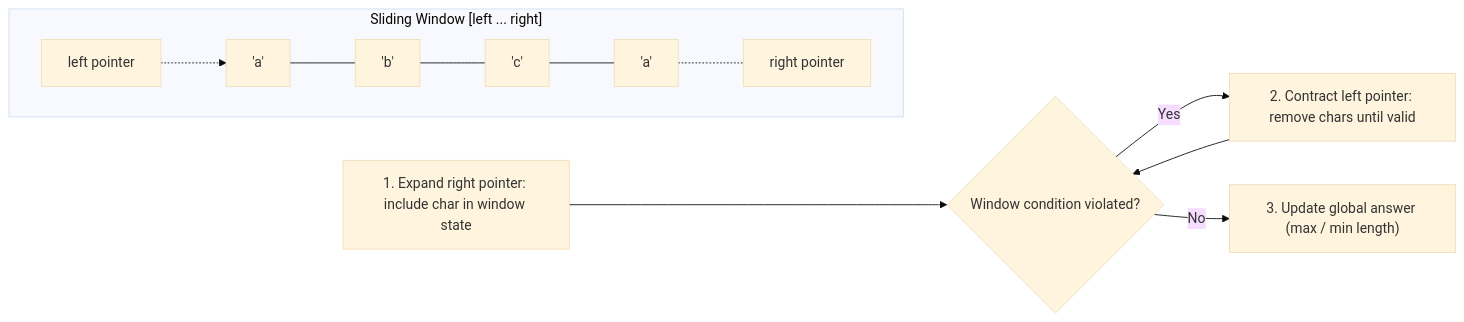
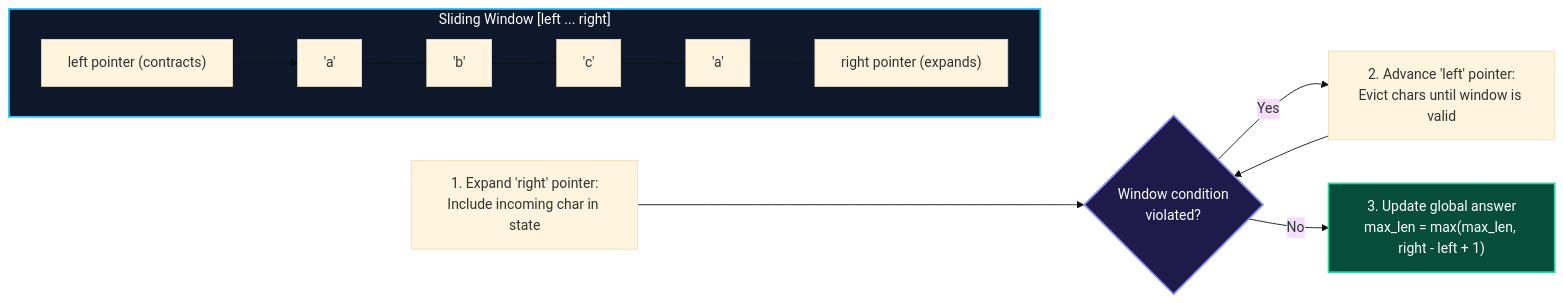
Before and after one commit to 1345AbhishekKumar/cs-cookbook: diagram 13 of 14 in content/docs/dsa/01-foundations-and-linear-structures/03-strings-and-string-manipulation.mdx, drawn with Mermaid (base theme). The commit also changed other lines of this file and 211 other files, not shown here.

````diff
--- a/content/docs/dsa/01-foundations-and-linear-structures/03-strings-and-string-manipulation.mdx
+++ b/content/docs/dsa/01-foundations-and-linear-structures/03-strings-and-string-manipulation.mdx
@@ -119,14 +728,18 @@
 ```mermaid
 flowchart LR
     subgraph Window["Sliding Window [left ... right]"]
         direction LR
-        L["left pointer"] -.-> S1["'a'"]
+        L["left pointer (contracts)"] -.-> S1["'a'"]
         S1 --- S2["'b'"] --- S3["'c'"] --- S4["'a'"]
-        S4 <-.- R["right pointer"]
+        S4 <-.- R["right pointer (expands)"]
     end
 
-    Expand["1. Expand right pointer: include char in window state"] --> Check{"Window condition violated?"}
-    Check -- Yes --> Shrink["2. Contract left pointer: remove chars until valid"]
-    Check -- No --> Update["3. Update global answer (max / min length)"]
+    Expand["1. Expand 'right' pointer:<br/>Include incoming char in state"] --> Check{"Window condition<br/>violated?"}
+    Check -- Yes --> Shrink["2. Advance 'left' pointer:<br/>Evict chars until window is valid"]
+    Check -- No --> Update["3. Update global answer<br/>max_len = max(max_len, right - left + 1)"]
     Shrink --> Check
+
+    style Window fill:#0f172a,stroke:#38bdf8,stroke-width:2px,color:#fff
+    style Check fill:#1e1b4b,stroke:#818cf8,stroke-width:2px,color:#fff
+    style Update fill:#064e3b,stroke:#34d399,stroke-width:2px,color:#fff
 ```
````
